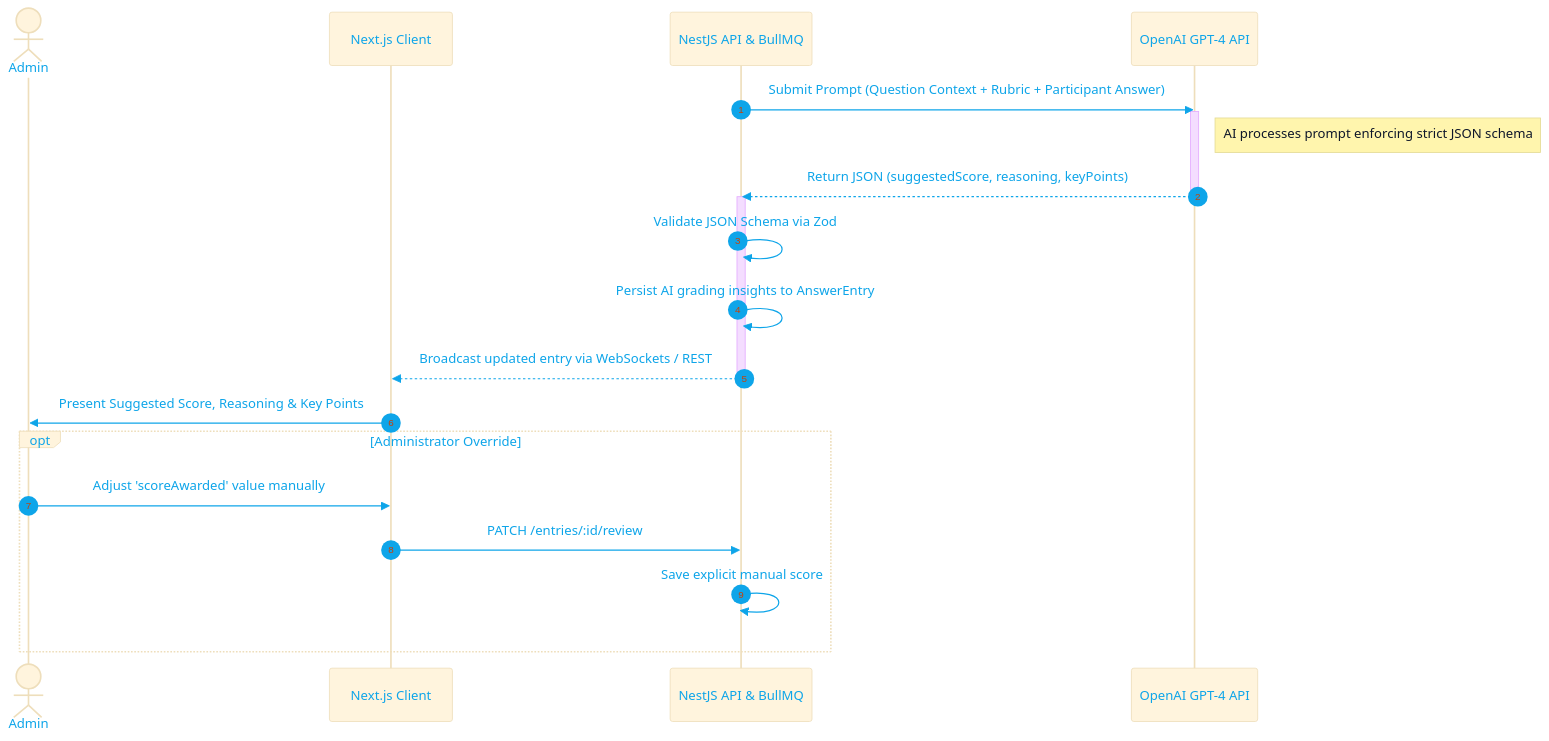
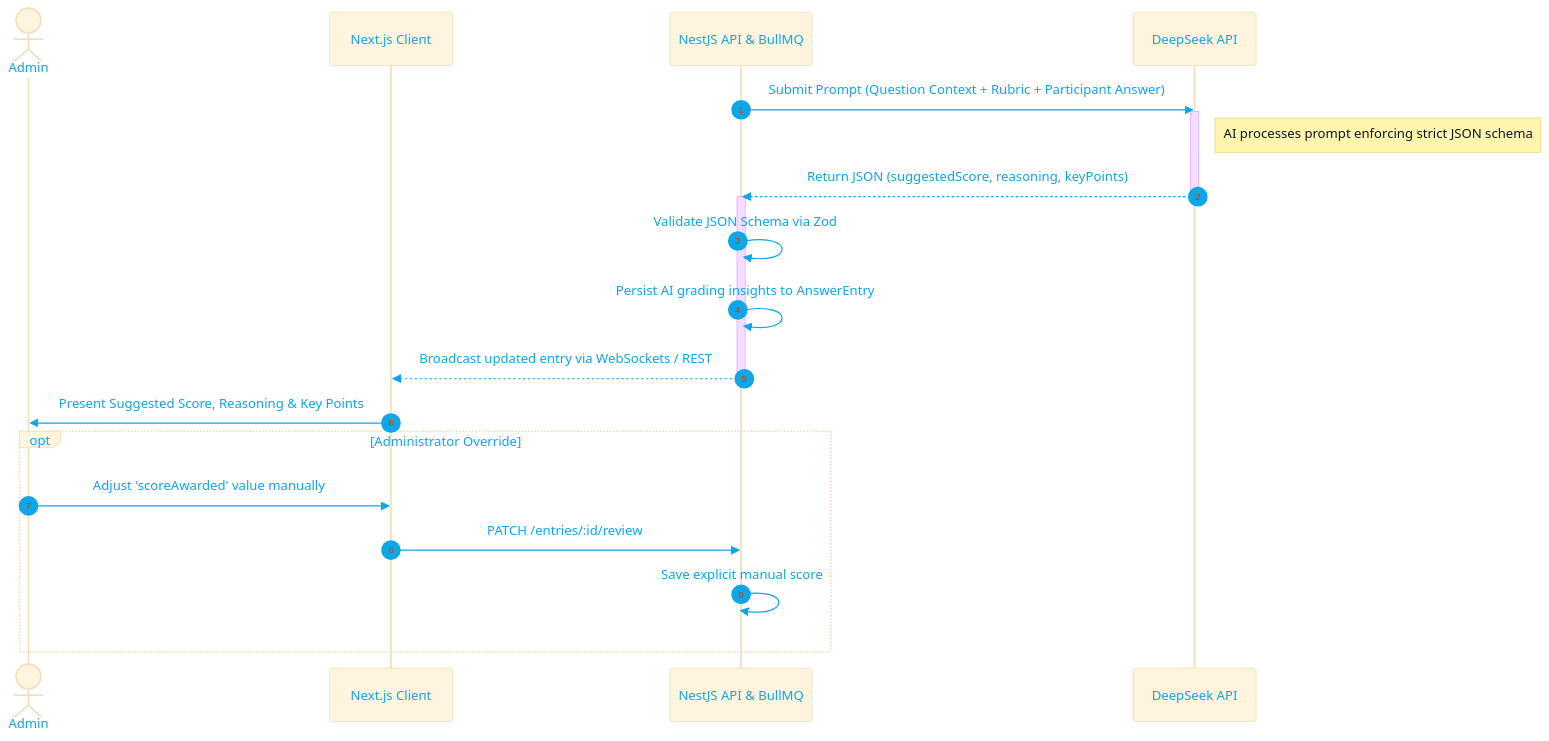
One commit to KhornMolika/assessment-service-documentation changed the diagram in 06-ai-grading.md. Above: the diagram before and after it, drawn with Mermaid. The commit also changed other lines of this file and 4 other files, not shown here.

````diff
--- a/06-ai-grading.md
+++ b/06-ai-grading.md
@@ -9,29 +9,29 @@
 ```mermaid
 %%{init: { 'theme': 'base', 'themeVariables': { 'textColor': '#0ea5e9', 'messageTextColor': '#0ea5e9', 'actorTextColor': '#0ea5e9', 'noteTextColor': '#0f172a', 'lineColor': '#38bdf8' } } }%%
 sequenceDiagram
     autonumber
     actor Admin
     participant Frontend as Next.js Client
     participant Backend as NestJS API & BullMQ
-    participant LLM as OpenAI GPT-4 API
+    participant LLM as DeepSeek API
     
     Backend->>LLM: Submit Prompt (Question Context + Rubric + Participant Answer)
     activate LLM
     Note right of LLM: AI processes prompt enforcing strict JSON schema
     LLM-->>Backend: Return JSON (suggestedScore, reasoning, keyPoints)
     deactivate LLM
     
     activate Backend
     Backend->>Backend: Validate JSON Schema via Zod
     Backend->>Backend: Persist AI grading insights to AnswerEntry
     Backend-->>Frontend: Broadcast updated entry via WebSockets / REST
     deactivate Backend
     
     Frontend->>Admin: Present Suggested Score, Reasoning & Key Points
     
     opt Administrator Override
         Admin->>Frontend: Adjust 'scoreAwarded' value manually
         Frontend->>Backend: PATCH /entries/:id/review
         Backend->>Backend: Save explicit manual score
     end
 ```
````
